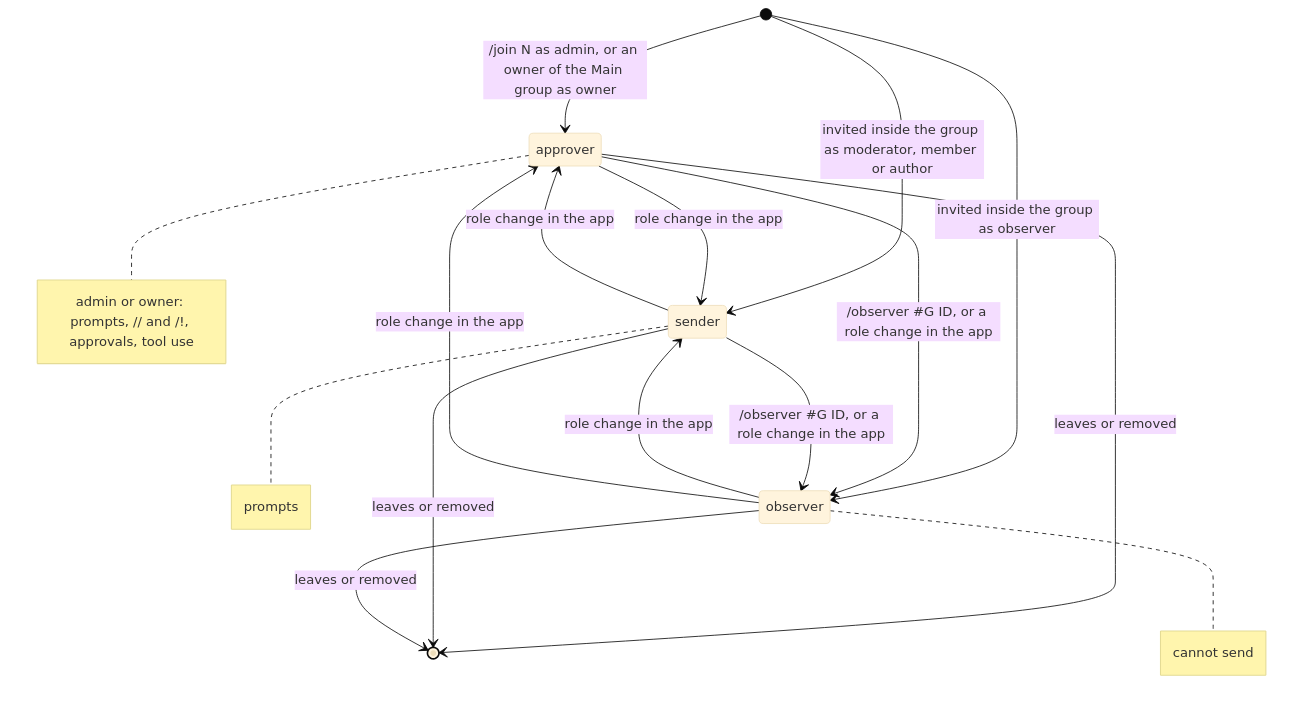
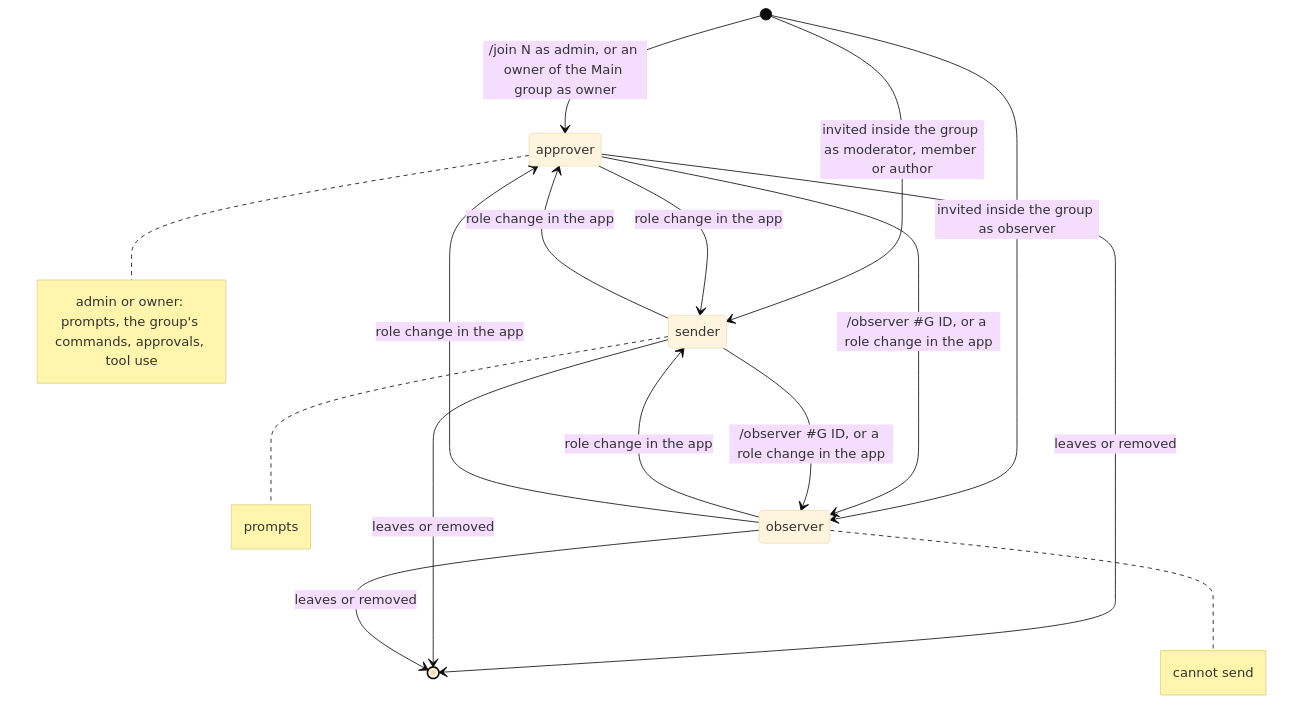
Before and after one commit to simplex-chat/simplex-chat: the seventh of 26 diagrams in plans/2026-11-07-mcp-claude-code-channel.md, drawn with Mermaid (base theme). The commit also changed other lines of this file, not shown here.

````diff
--- a/plans/2026-11-07-mcp-claude-code-channel.md
+++ b/plans/2026-11-07-mcp-claude-code-channel.md
@@ -442,18 +445,18 @@
 ```mermaid
 stateDiagram-v2
   [*] --> approver: /join N as admin, or an owner of the Main group as owner
   [*] --> sender: invited inside the group as moderator, member or author
   [*] --> observer: invited inside the group as observer
   approver --> sender: role change in the app
   sender --> approver: role change in the app
   approver --> observer: /observer #35;G ID, or a role change in the app
   sender --> observer: /observer #35;G ID, or a role change in the app
   observer --> sender: role change in the app
   observer --> approver: role change in the app
   approver --> [*]: leaves or removed
   sender --> [*]: leaves or removed
   observer --> [*]: leaves or removed
-  note right of approver: admin or owner#58; prompts, // and /!, approvals, tool use
+  note right of approver: admin or owner#58; prompts, the group's commands, approvals, tool use
   note right of sender: prompts
   note right of observer: cannot send
 ```
````
